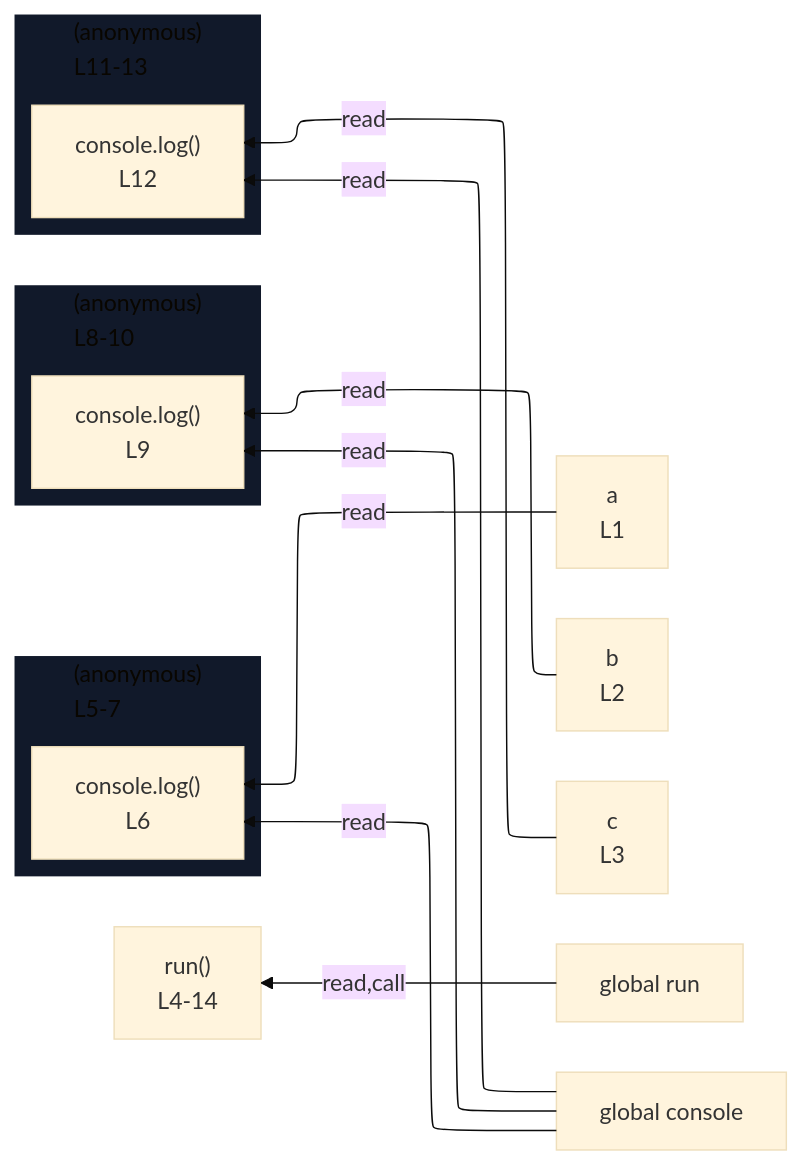
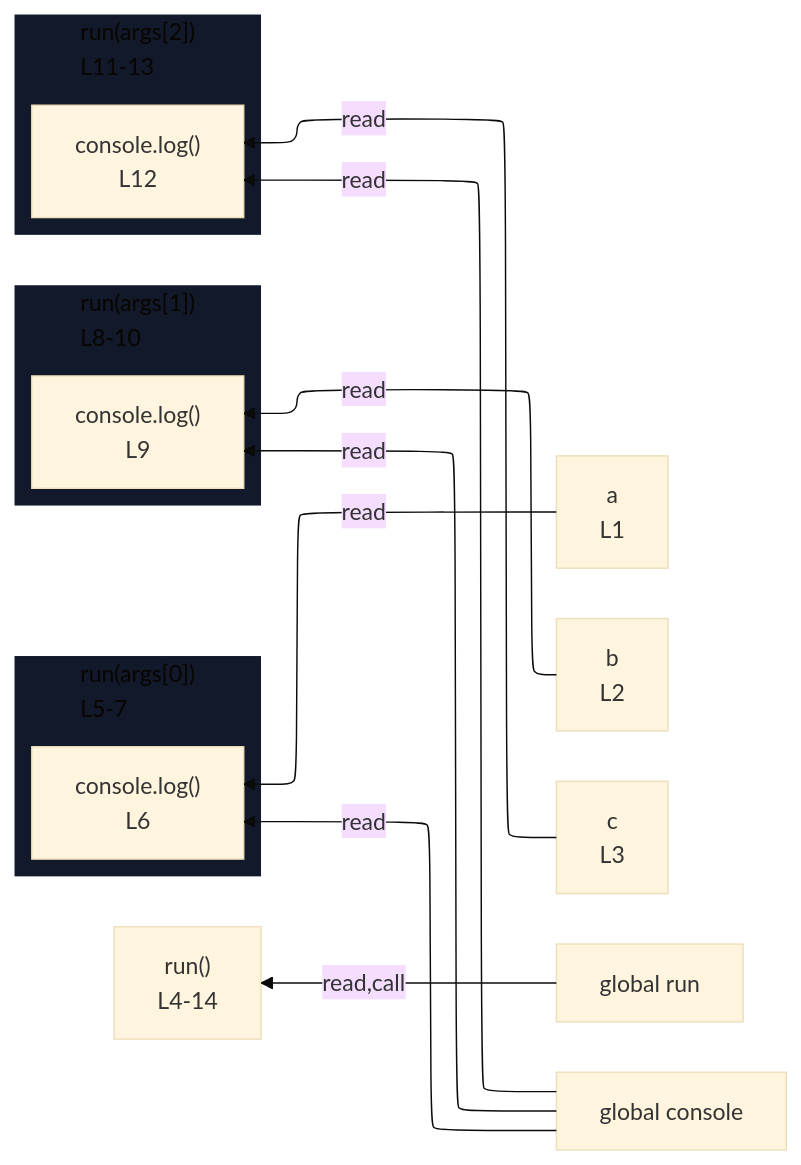
One commit to crescware/unsnarl changed the diagram in integration/fixtures/expression-statement/call-with-three-callbacks/preview.md. Above: the diagram before and after it, drawn with Mermaid (base theme). The commit also changed 36 other files, not shown here.

````diff
--- a/integration/fixtures/expression-statement/call-with-three-callbacks/preview.md
+++ b/integration/fixtures/expression-statement/call-with-three-callbacks/preview.md
@@ -24,33 +24,33 @@
 ```mermaid
 %%{init: {"flowchart": {"defaultRenderer": "elk"}}}%%
 flowchart RL
   n_scope_0_a_6["a<br/>L1"]
   n_scope_0_b_19["b<br/>L2"]
   n_scope_0_c_32["c<br/>L3"]
   n_scope_0_run_39["global run"]
   n_scope_0_console_58["global console"]
-  subgraph s_scope_1["(anonymous)<br/>L5-7"]
+  subgraph s_scope_1["run(args[0])<br/>L5-7"]
     direction RL
     expr_stmt_58["console.log()<br/>L6"]
   end
-  subgraph s_scope_2["(anonymous)<br/>L8-10"]
+  subgraph s_scope_2["run(args[1])<br/>L8-10"]
     direction RL
     expr_stmt_93["console.log()<br/>L9"]
   end
-  subgraph s_scope_3["(anonymous)<br/>L11-13"]
+  subgraph s_scope_3["run(args[2])<br/>L11-13"]
     direction RL
     expr_stmt_128["console.log()<br/>L12"]
   end
   n_scope_0_run_39 -->|read,call| expr_stmt_39
   n_scope_0_console_58 -->|read| expr_stmt_58
   n_scope_0_a_6 -->|read| expr_stmt_58
   n_scope_0_console_58 -->|read| expr_stmt_93
   n_scope_0_b_19 -->|read| expr_stmt_93
   n_scope_0_console_58 -->|read| expr_stmt_128
   n_scope_0_c_32 -->|read| expr_stmt_128
   expr_stmt_39["run()<br/>L4-14"]
   classDef nestL1 fill:#11192a,stroke:transparent;
   class s_scope_1 nestL1;
   class s_scope_2 nestL1;
   class s_scope_3 nestL1;
 ```
````
